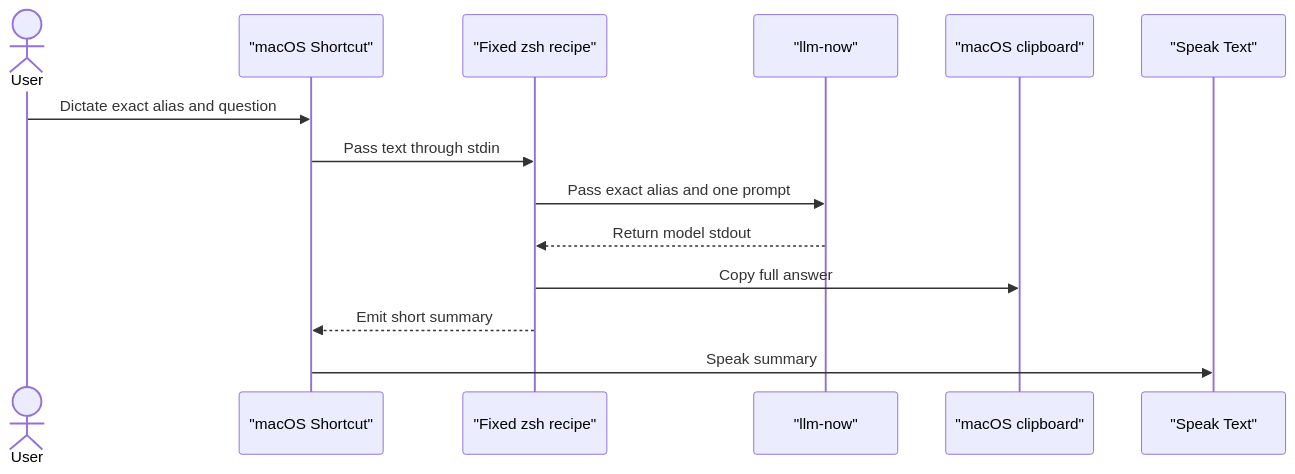
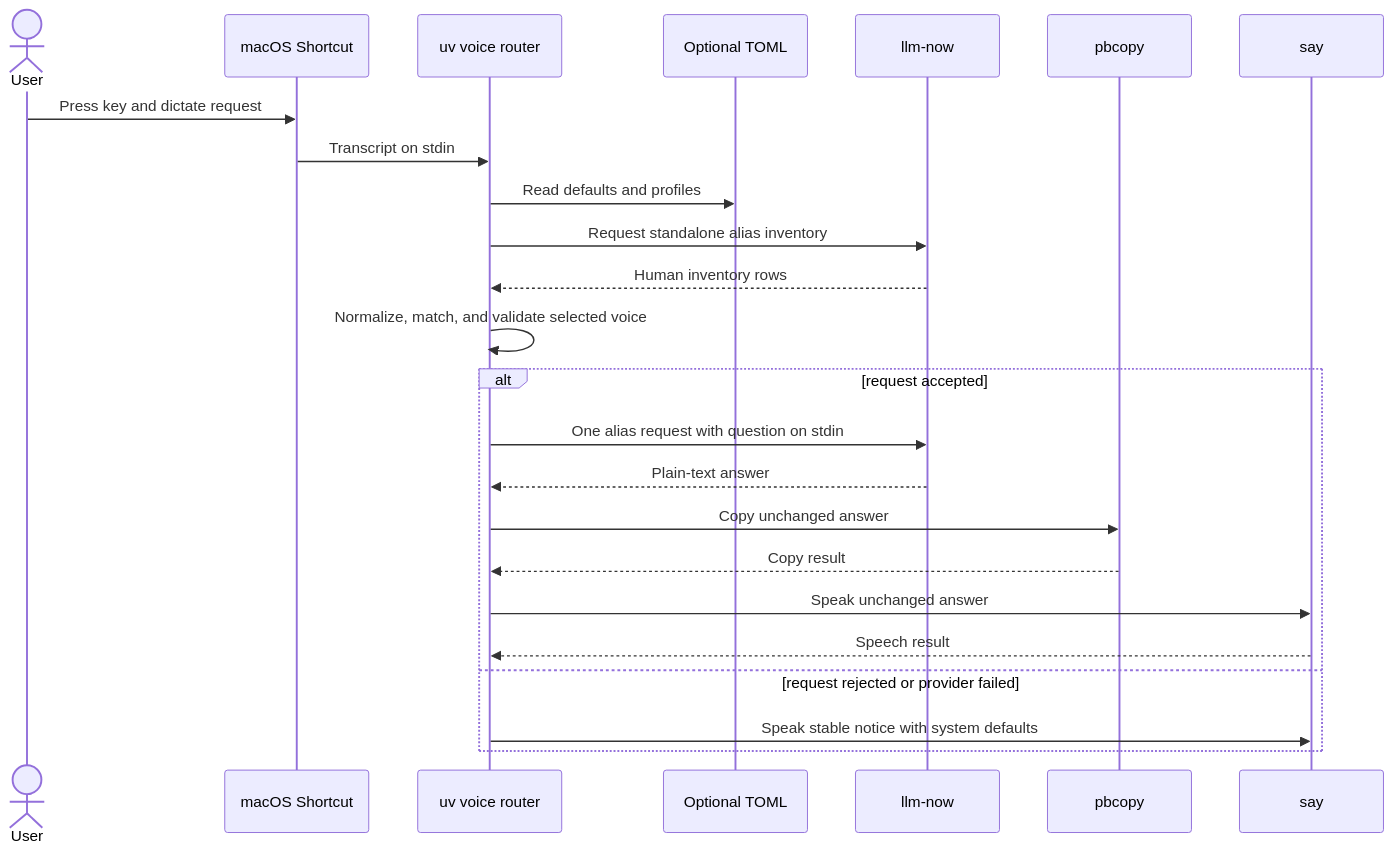
Before and after one commit to swartzrock/llm-now: the second of 3 diagrams in docs/plans/2026-07-30-001-feat-macos-voice-shortcut-plan.md, drawn with Mermaid. The commit also changed other lines of this file, not shown here.

Commit message:
docs(plan): define macOS voice router

````diff
--- a/docs/plans/2026-07-30-001-feat-macos-voice-shortcut-plan.md
+++ b/docs/plans/2026-07-30-001-feat-macos-voice-shortcut-plan.md
@@ -189,17 +325,27 @@
 ```mermaid
 sequenceDiagram
   actor User
-  participant Shortcut as "macOS Shortcut"
-  participant Recipe as "Fixed zsh recipe"
-  participant CLI as "llm-now"
-  participant Clipboard as "macOS clipboard"
-  participant Speech as "Speak Text"
+  participant Shortcut as macOS Shortcut
+  participant Router as uv voice router
+  participant Config as Optional TOML
+  participant Core as llm-now
+  participant Clipboard as pbcopy
+  participant Speech as say
 
-  User->>Shortcut: Dictate exact alias and question
-  Shortcut->>Recipe: Pass text through stdin
-  Recipe->>CLI: Pass exact alias and one prompt
-  CLI-->>Recipe: Return model stdout
-  Recipe->>Clipboard: Copy full answer
-  Recipe-->>Shortcut: Emit short summary
-  Shortcut->>Speech: Speak summary
+  User->>Shortcut: Press key and dictate request
+  Shortcut->>Router: Transcript on stdin
+  Router->>Config: Read defaults and profiles
+  Router->>Core: Request standalone alias inventory
+  Core-->>Router: Human inventory rows
+  Router->>Router: Normalize, match, and validate selected voice
+  alt request accepted
+    Router->>Core: One alias request with question on stdin
+    Core-->>Router: Plain-text answer
+    Router->>Clipboard: Copy unchanged answer
+    Clipboard-->>Router: Copy result
+    Router->>Speech: Speak unchanged answer
+    Speech-->>Router: Speech result
+  else request rejected or provider failed
+    Router->>Speech: Speak stable notice with system defaults
+  end
 ```
````
